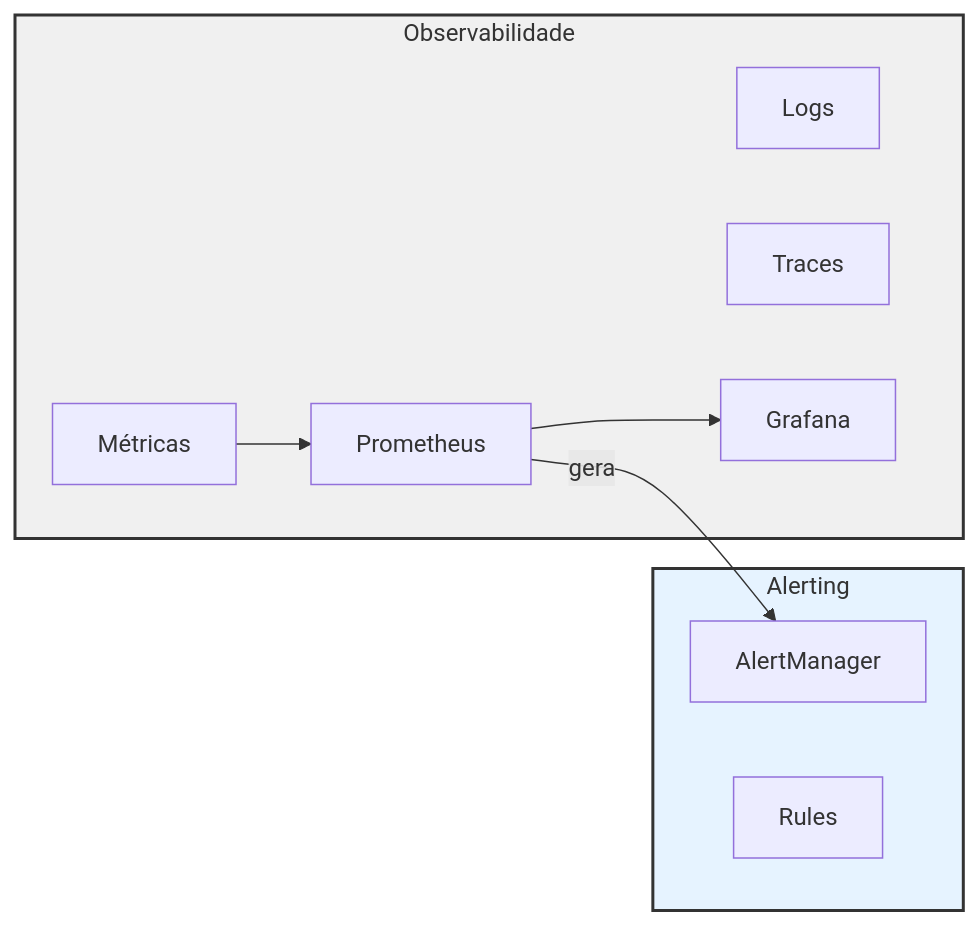
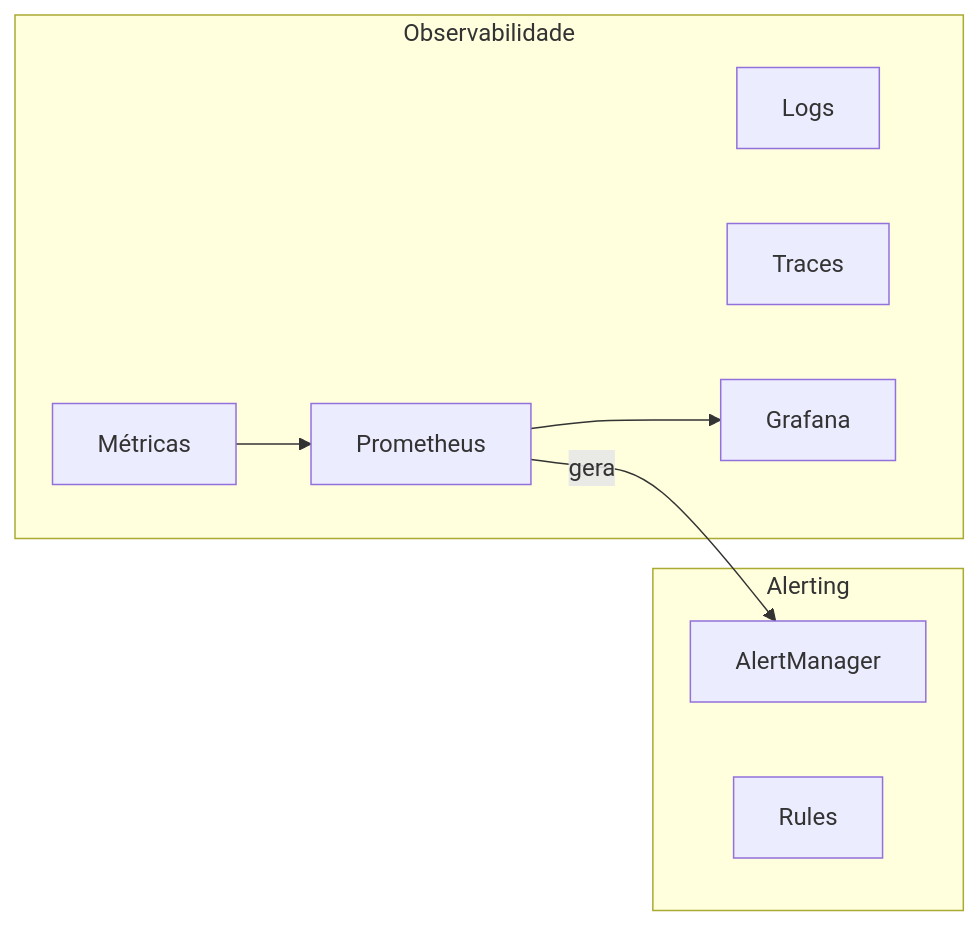
The sixth of 7 diagrams in docs/extras/advanced-operator-topics.md (cloud104/tcloud-devops-k8s-operators-training), drawn with Mermaid before and after one commit. The commit also changed other lines of this file and 6 other files, not shown here.

First line of the commit message:
docs: revisa material teorico, corrige APIs e melhora diagramas

````diff
--- a/docs/extras/advanced-operator-topics.md
+++ b/docs/extras/advanced-operator-topics.md
@@ -214,24 +198,21 @@
 ```mermaid
 flowchart LR
     subgraph OBS ["Observabilidade"]
         M["Métricas"]
         L["Logs"]
         T["Traces"]
         
         PROM["Prometheus"]
         GRAF["Grafana"]
         
         M --> PROM
         PROM --> GRAF
     end
     
     subgraph ALERT ["Alerting"]
         AM["AlertManager"]
         RUL["Rules"]
     end
     
     PROM -->|"gera"| AM
-    
-    style OBS fill:#f0f0f0,stroke:#333,stroke-width:2px
-    style ALERT fill:#e6f3ff,stroke:#333,stroke-width:2px
 ```
````
